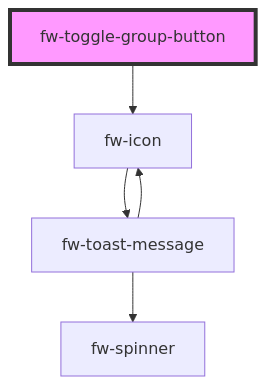
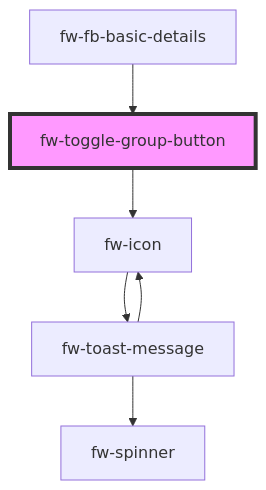
Before and after one commit to freshworks/crayons: the diagram in packages/crayons-core/src/components/toggle-group-button/readme.md, drawn with Mermaid. The commit also changed other lines of this file and 25 other files, not shown here.

````diff
--- a/packages/crayons-core/src/components/toggle-group-button/readme.md
+++ b/packages/crayons-core/src/components/toggle-group-button/readme.md
@@ -124,8 +128,9 @@
 ```mermaid
 graph TD;
   fw-toggle-group-button --> fw-icon
   fw-icon --> fw-toast-message
   fw-toast-message --> fw-spinner
   fw-toast-message --> fw-icon
+  fw-fb-basic-details --> fw-toggle-group-button
   style fw-toggle-group-button fill:#f9f,stroke:#333,stroke-width:4px
 ```
````
